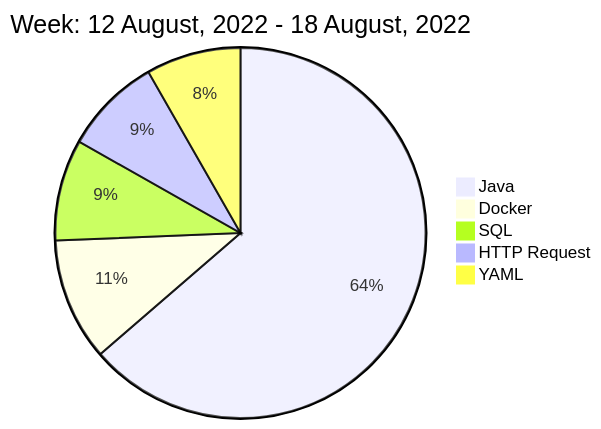
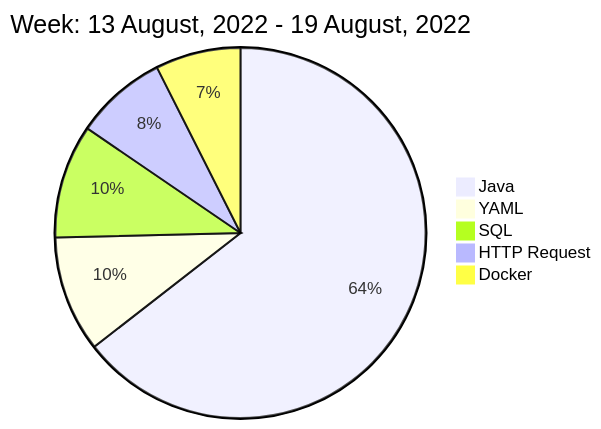
One commit to liubin95/liubin95 changed the diagram in README.md. Above: the diagram before and after it, drawn with Mermaid.

Commit message:
Updated the Graph with new Metrics

````diff
--- a/README.md
+++ b/README.md
@@ -40,9 +40,9 @@
 ```mermaid
  pie
-title Week: 12 August, 2022 - 18 August, 2022
- "Java" : 16.78
- "Docker" : 2.82
- "SQL" : 2.33
- "HTTP Request" : 2.25
- "YAML" : 2.18
+title Week: 13 August, 2022 - 19 August, 2022
+ "Java" : 14.3
+ "YAML" : 2.25
+ "SQL" : 2.2
+ "HTTP Request" : 1.78
+ "Docker" : 1.65
 ```
````
